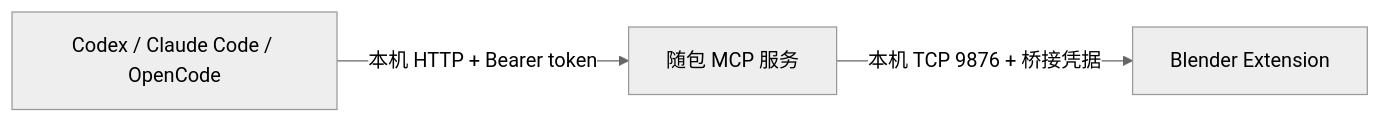
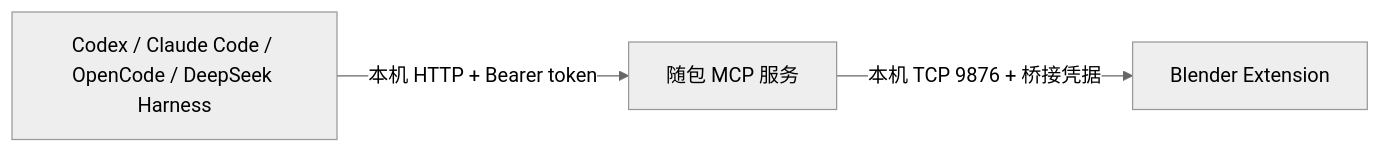
Before and after one commit to psiQAQ/blender_mcp-setup-guide: the diagram in docs/blender_mcp-setup_zh.md, drawn with Mermaid (neutral theme). The commit also changed other lines of this file and 5 other files, not shown here.

Commit message:
docs: add DeepSeek Harness client setup to the integrated guide

````diff
--- a/docs/blender_mcp-setup_zh.md
+++ b/docs/blender_mcp-setup_zh.md
@@ -16,5 +16,5 @@
 ```mermaid
 flowchart LR
-    Client[Codex / Claude Code / OpenCode] -->|本机 HTTP + Bearer token| Service[随包 MCP 服务]
+    Client[Codex / Claude Code / OpenCode / DeepSeek Harness] -->|本机 HTTP + Bearer token| Service[随包 MCP 服务]
     Service -->|本机 TCP 9876 + 桥接凭据| Blender[Blender Extension]
 ```
````
